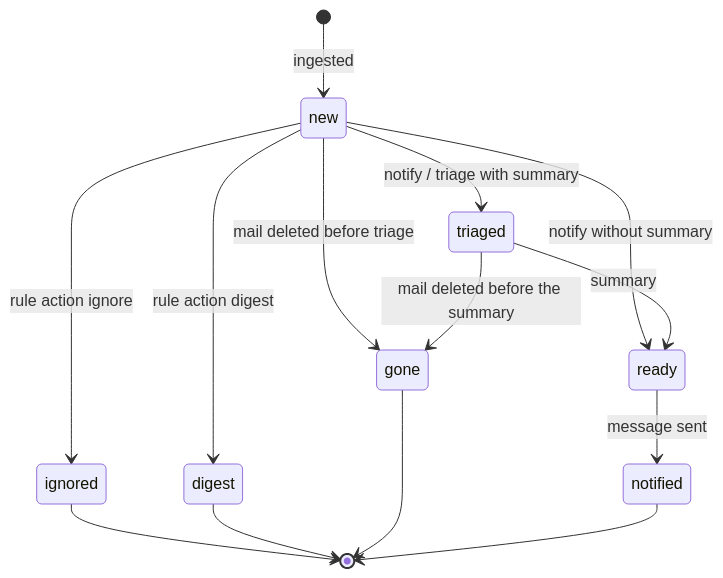
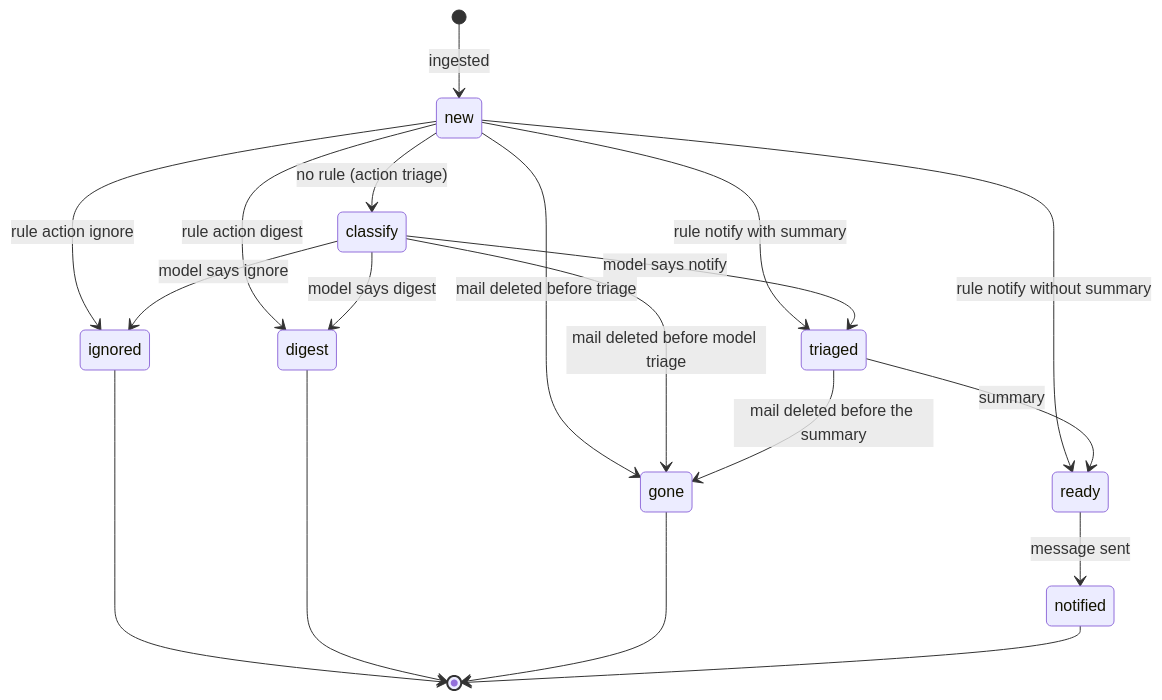
Before and after one commit to huydt84/google-management: the sixth of 11 diagrams in docs/architecture.md, drawn with Mermaid. The commit also changed other lines of this file and 81 other files, not shown here.

````diff
--- a/docs/architecture.md
+++ b/docs/architecture.md
@@ -269,16 +286,21 @@
 ```mermaid
 stateDiagram-v2
     [*] --> new: ingested
     new --> ignored: rule action ignore
     new --> digest: rule action digest
-    new --> triaged: notify / triage with summary
-    new --> ready: notify without summary
+    new --> triaged: rule notify with summary
+    new --> ready: rule notify without summary
+    new --> classify: no rule (action triage)
+    classify --> ignored: model says ignore
+    classify --> digest: model says digest
+    classify --> triaged: model says notify
     new --> gone: mail deleted before triage
+    classify --> gone: mail deleted before model triage
     triaged --> ready: summary
     triaged --> gone: mail deleted before the summary
     ready --> notified: message sent
     ignored --> [*]
     digest --> [*]
     gone --> [*]
     notified --> [*]
 ```
````
